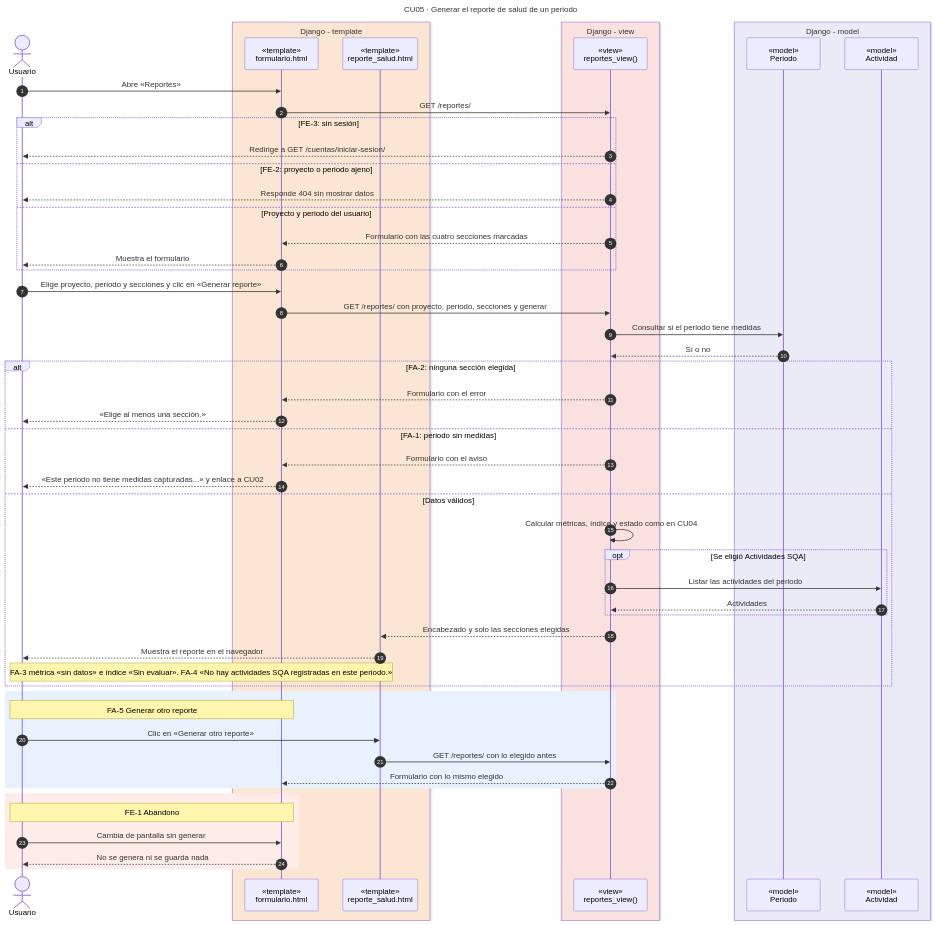
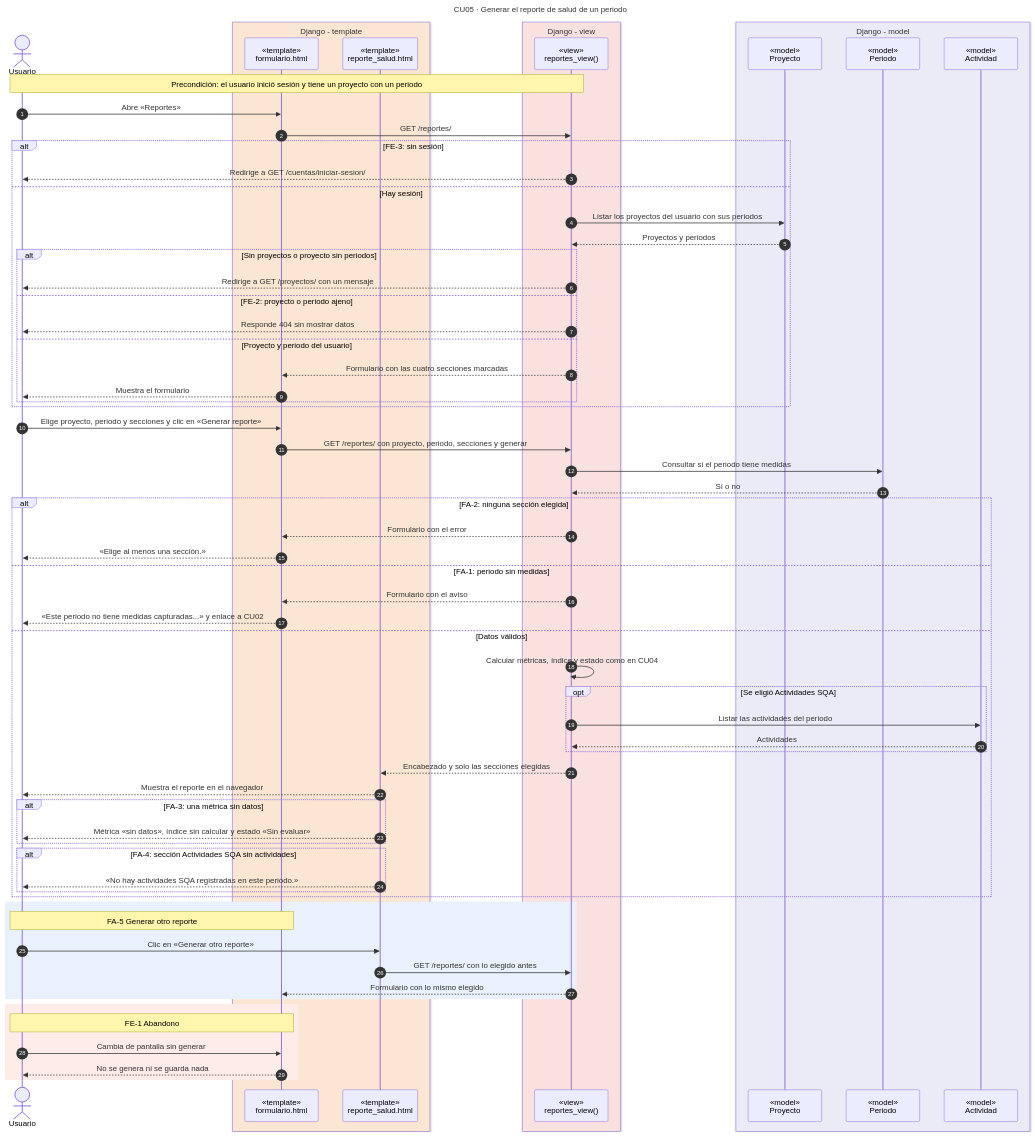
The diagram in docs/Diagrama_Secuencia_CU05.mmd (Mony-B/DashboardQuality_Tetra.R_QS_A26), drawn with Mermaid before and after one commit. The commit also changed 2 other files, not shown here.

Commit message:
Docs: diagrama CU05 con reducción intermedia
Claude-Session: https://claude.ai/code/session_01YCjE7yfWg561AVHPsv7QNd

```diff
--- a/docs/Diagrama_Secuencia_CU05.mmd
+++ b/docs/Diagrama_Secuencia_CU05.mmd
@@ -1,61 +1,74 @@
 ---
 title: CU05 · Generar el reporte de salud de un periodo
 ---
 sequenceDiagram
     autonumber
     actor U as Usuario
     box rgb(250,230,210) Django - template
         participant TF as «template»<br/>formulario.html
         participant TR as «template»<br/>reporte_salud.html
     end
     box rgb(249,225,224) Django - view
         participant V as «view»<br/>reportes_view()
     end
     box rgb(235,235,248) Django - model
+        participant MY as «model»<br/>Proyecto
         participant MP as «model»<br/>Periodo
         participant MA as «model»<br/>Actividad
     end
 
+    Note over U,V: Precondición: el usuario inició sesión y tiene un proyecto con un periodo
     U->>TF: Abre «Reportes»
     TF->>V: GET /reportes/
     alt FE-3: sin sesión
         V-->>U: Redirige a GET /cuentas/iniciar-sesion/
-    else FE-2: proyecto o periodo ajeno
-        V-->>U: Responde 404 sin mostrar datos
-    else Proyecto y periodo del usuario
-        V-->>TF: Formulario con las cuatro secciones marcadas
-        TF-->>U: Muestra el formulario
+    else Hay sesión
+        V->>MY: Listar los proyectos del usuario con sus periodos
+        MY-->>V: Proyectos y periodos
+        alt Sin proyectos o proyecto sin periodos
+            V-->>U: Redirige a GET /proyectos/ con un mensaje
+        else FE-2: proyecto o periodo ajeno
+            V-->>U: Responde 404 sin mostrar datos
+        else Proyecto y periodo del usuario
+            V-->>TF: Formulario con las cuatro secciones marcadas
+            TF-->>U: Muestra el formulario
+        end
     end
 
     U->>TF: Elige proyecto, periodo y secciones y clic en «Generar reporte»
     TF->>V: GET /reportes/ con proyecto, periodo, secciones y generar
     V->>MP: Consultar si el periodo tiene medidas
     MP-->>V: Sí o no
     alt FA-2: ninguna sección elegida
         V-->>TF: Formulario con el error
         TF-->>U: «Elige al menos una sección.»
     else FA-1: periodo sin medidas
         V-->>TF: Formulario con el aviso
         TF-->>U: «Este periodo no tiene medidas capturadas...» y enlace a CU02
     else Datos válidos
         V->>V: Calcular métricas, índice y estado como en CU04
         opt Se eligió Actividades SQA
             V->>MA: Listar las actividades del periodo
             MA-->>V: Actividades
         end
         V-->>TR: Encabezado y solo las secciones elegidas
         TR-->>U: Muestra el reporte en el navegador
-        Note over TR,U: FA-3 métrica «sin datos» e índice «Sin evaluar». FA-4 «No hay actividades SQA registradas en este periodo.»
+        alt FA-3: una métrica sin datos
+            TR-->>U: Métrica «sin datos», índice sin calcular y estado «Sin evaluar»
+        end
+        alt FA-4: sección Actividades SQA sin actividades
+            TR-->>U: «No hay actividades SQA registradas en este periodo.»
+        end
     end
 
     rect rgb(232, 241, 252)
         Note over U,TF: FA-5 Generar otro reporte
         U->>TR: Clic en «Generar otro reporte»
         TR->>V: GET /reportes/ con lo elegido antes
         V-->>TF: Formulario con lo mismo elegido
     end
     rect rgb(253, 236, 231)
         Note over U,TF: FE-1 Abandono
         U->>TF: Cambia de pantalla sin generar
         TF-->>U: No se genera ni se guarda nada
     end
```
